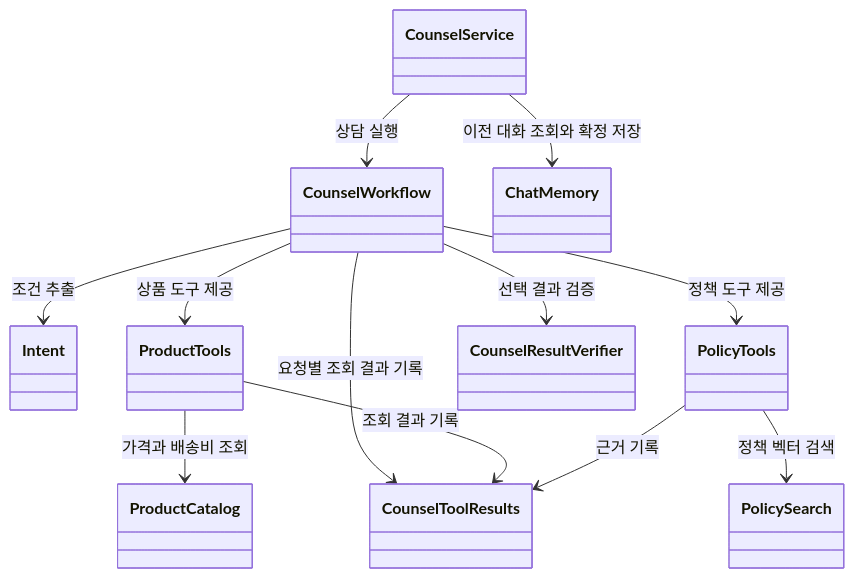
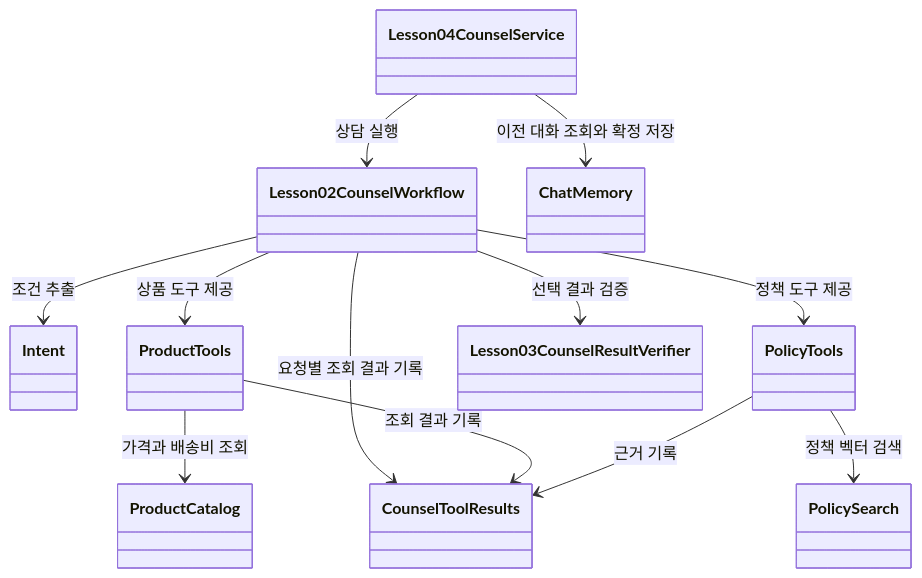
One commit to Justin-ad-Park/SpringShoppingAI changed the first of 2 diagrams in Spring-AI-Agent-Learning/docs/lessons/13-shopping-agent/01-map.md. Above: the diagram before and after it, drawn with Mermaid. The commit also changed other lines of this file and 248 other files, not shown here.

````diff
--- a/Spring-AI-Agent-Learning/docs/lessons/13-shopping-agent/01-map.md
+++ b/Spring-AI-Agent-Learning/docs/lessons/13-shopping-agent/01-map.md
@@ -40,14 +40,14 @@
 ```mermaid
 classDiagram
-    CounselService --> CounselWorkflow : 상담 실행
-    CounselWorkflow --> Intent : 조건 추출
-    CounselService --> ChatMemory : 이전 대화 조회와 확정 저장
-    CounselWorkflow --> ProductTools : 상품 도구 제공
-    CounselWorkflow --> PolicyTools : 정책 도구 제공
-    CounselWorkflow --> CounselToolResults : 요청별 조회 결과 기록
-    CounselWorkflow --> CounselResultVerifier : 선택 결과 검증
+    Lesson04CounselService --> Lesson02CounselWorkflow : 상담 실행
+    Lesson02CounselWorkflow --> Intent : 조건 추출
+    Lesson04CounselService --> ChatMemory : 이전 대화 조회와 확정 저장
+    Lesson02CounselWorkflow --> ProductTools : 상품 도구 제공
+    Lesson02CounselWorkflow --> PolicyTools : 정책 도구 제공
+    Lesson02CounselWorkflow --> CounselToolResults : 요청별 조회 결과 기록
+    Lesson02CounselWorkflow --> Lesson03CounselResultVerifier : 선택 결과 검증
     ProductTools --> ProductCatalog : 가격과 배송비 조회
     ProductTools --> CounselToolResults : 조회 결과 기록
     PolicyTools --> PolicySearch : 정책 벡터 검색
     PolicyTools --> CounselToolResults : 근거 기록
 ```
````
